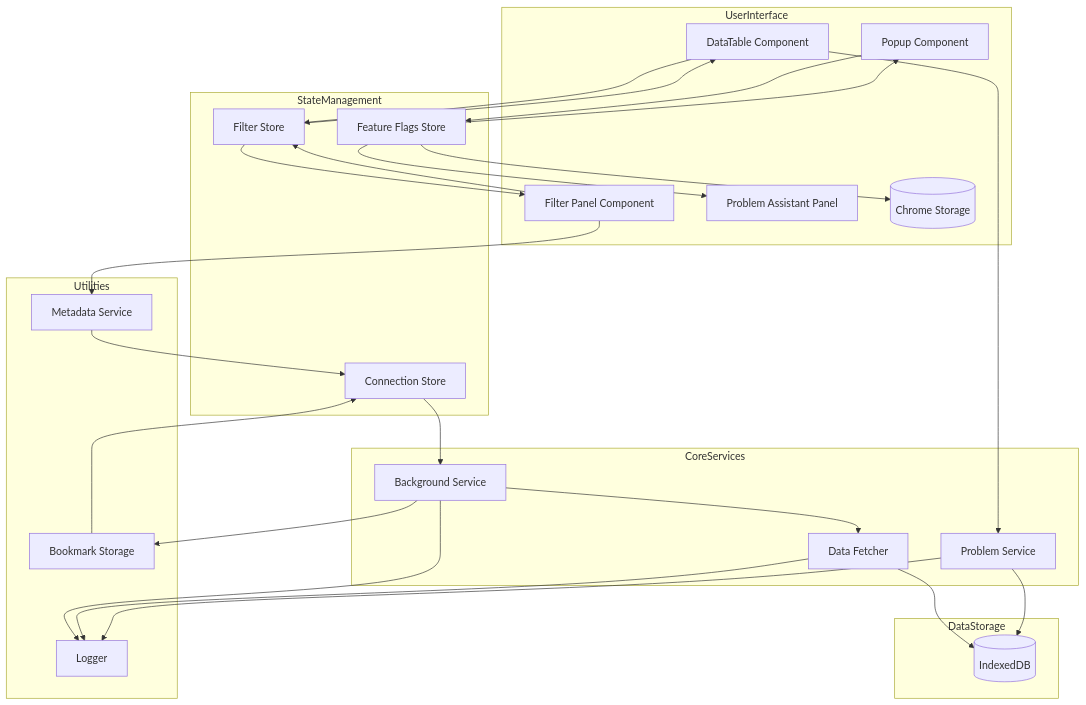
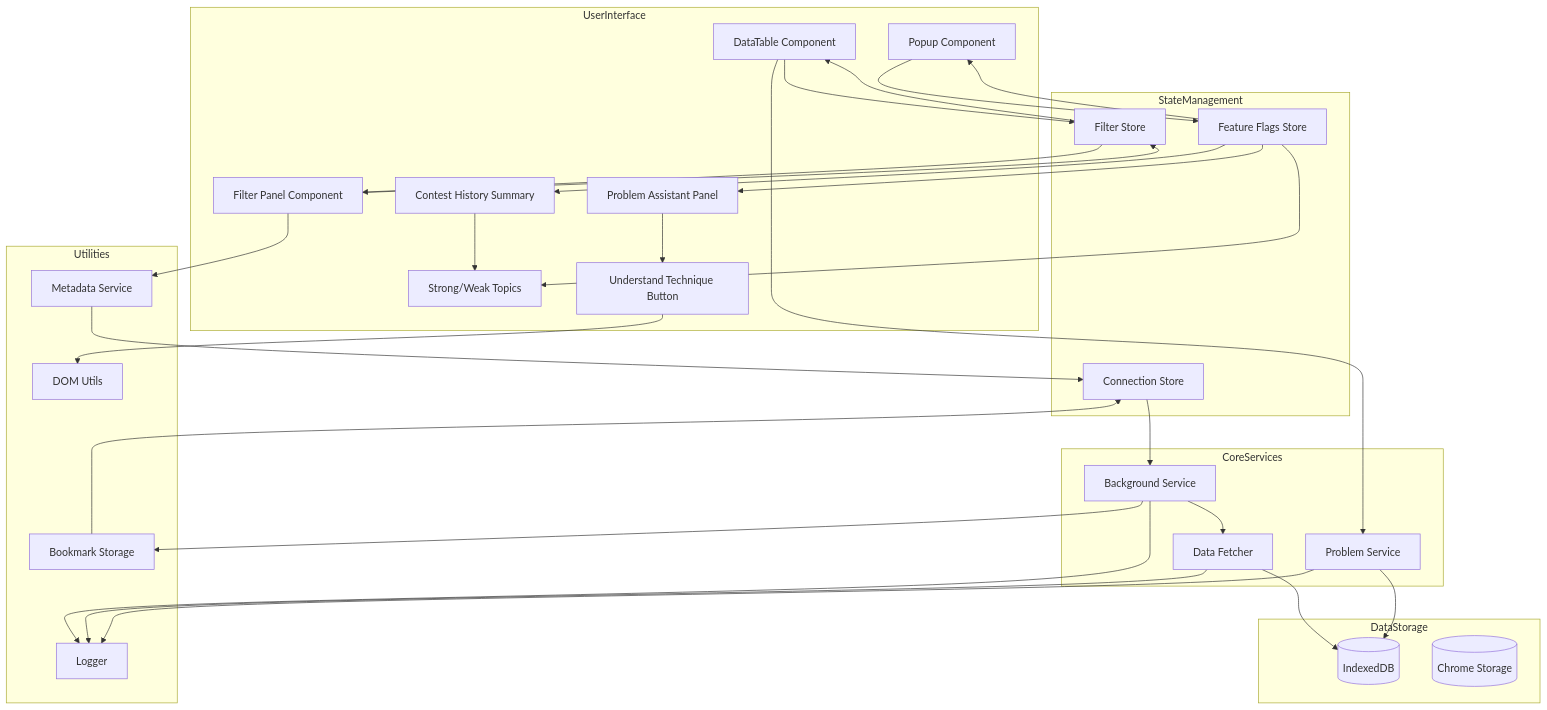
Before and after one commit to aftabnaik19/CF-Mentor: the diagram in .github/diagrams/component-diagram.md, drawn with Mermaid. The commit also changed 8 other files, not shown here.

````diff
--- a/.github/diagrams/component-diagram.md
+++ b/.github/diagrams/component-diagram.md
@@ -3,58 +3,66 @@
 ```mermaid
 graph TD
     subgraph UserInterface
         POP[Popup Component]
         DT[DataTable Component]
         FP[Filter Panel Component]
         PAP[Problem Assistant Panel]
         CHS[Contest History Summary]
+        SWT[Strong/Weak Topics]
+        UT[Understand Technique Button]
     end
 
     subgraph CoreServices
         BG[Background Service]
         DF[Data Fetcher]
         PS[Problem Service]
     end
 
     subgraph StateManagement
         FS[Filter Store]
         CS[Connection Store]
         FFS[Feature Flags Store]
     end
 
     subgraph DataStorage
         IDB[(IndexedDB)]
-        CHS[(Chrome Storage)]
+        CHS_STORE[(Chrome Storage)]
     end
 
     subgraph Utilities
         BS[Bookmark Storage]
         MS[Metadata Service]
         LOG[Logger]
+        DU[DOM Utils]
     end
 
     POP --> FFS
     DT --> FS
     FP --> FS
     DT --> PS
     FP --> MS
 
     BG --> DF
     BG --> BS
     DF --> IDB
     BS --> CS
 
     PS --> IDB
     MS --> CS
 
     BG --> LOG
     DF --> LOG
     PS --> LOG
 
     FS --> DT
     FS --> FP
     CS --> BG
     FFS --> POP
     FFS --> PAP
     FFS --> CHS
+    FFS --> SWT
+    
+    CHS --> SWT
+    PAP --> UT
+    UT --> DU
 ```
````
